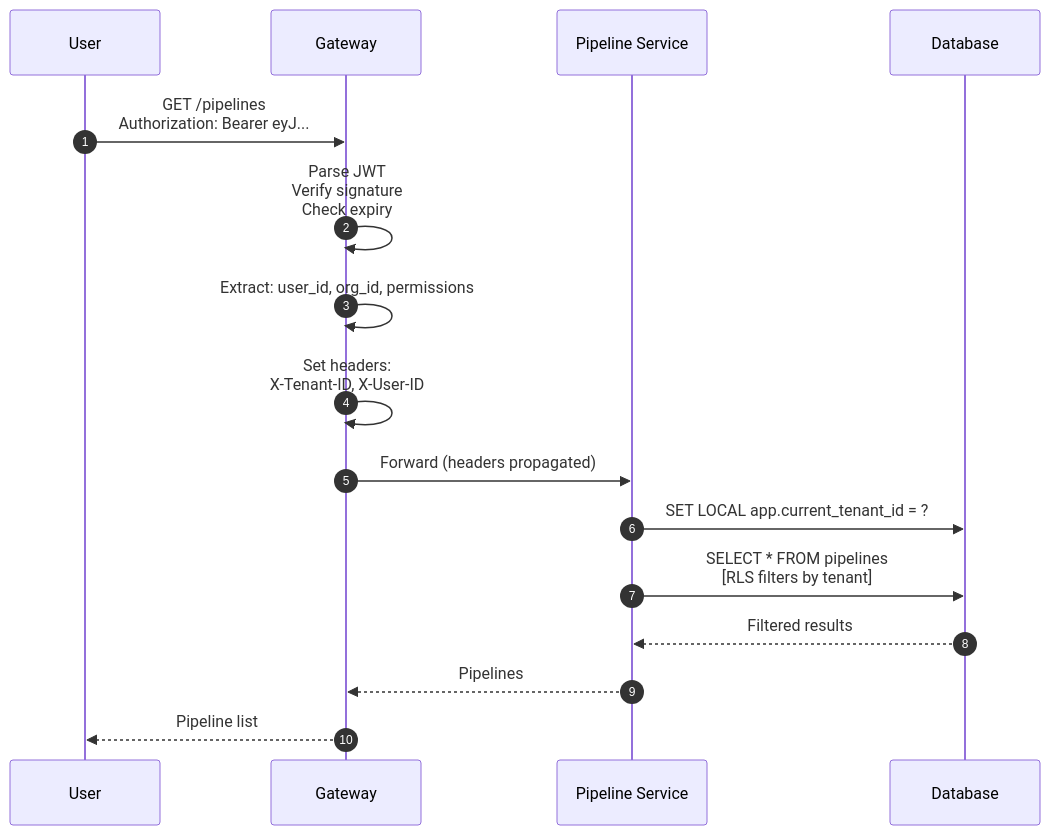
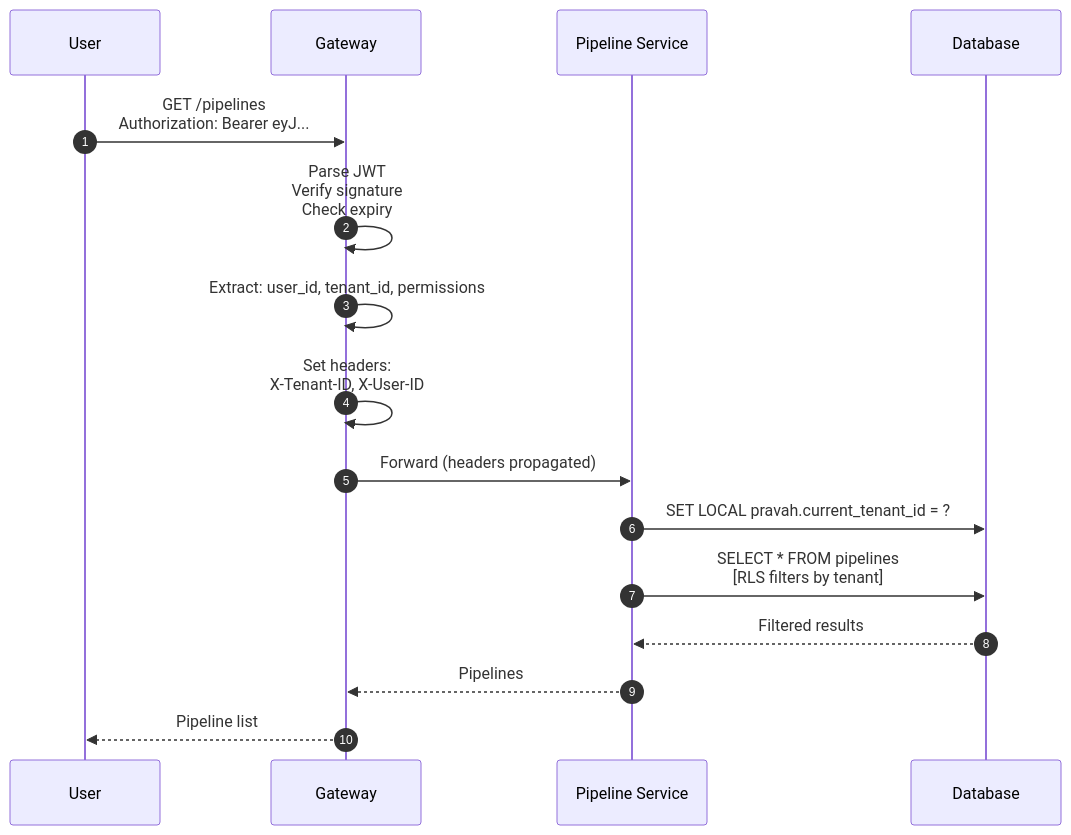
Before and after one commit to Abhishekkumar2021/Pravah: the tenth of 12 diagrams in docs/lld/04-sequence-diagrams.md, drawn with Mermaid. The commit also changed other lines of this file and 61 other files, not shown here.

````diff
--- a/docs/lld/04-sequence-diagrams.md
+++ b/docs/lld/04-sequence-diagrams.md
@@ -325,22 +325,22 @@
 ```mermaid
 sequenceDiagram
     autonumber
     participant User
     participant Gateway
     participant PipelineSvc as Pipeline Service
     participant DB as Database
     
     User->>Gateway: GET /pipelines<br/>Authorization: Bearer eyJ...
     
     Gateway->>Gateway: Parse JWT<br/>Verify signature<br/>Check expiry
-    Gateway->>Gateway: Extract: user_id, org_id, permissions
+    Gateway->>Gateway: Extract: user_id, tenant_id, permissions
     Gateway->>Gateway: Set headers:<br/>X-Tenant-ID, X-User-ID
     
     Gateway->>PipelineSvc: Forward (headers propagated)
     
-    PipelineSvc->>DB: SET LOCAL app.current_tenant_id = ?
+    PipelineSvc->>DB: SET LOCAL pravah.current_tenant_id = ?
     PipelineSvc->>DB: SELECT * FROM pipelines<br/>[RLS filters by tenant]
     DB-->>PipelineSvc: Filtered results
     PipelineSvc-->>Gateway: Pipelines
     Gateway-->>User: Pipeline list
 ```
````
